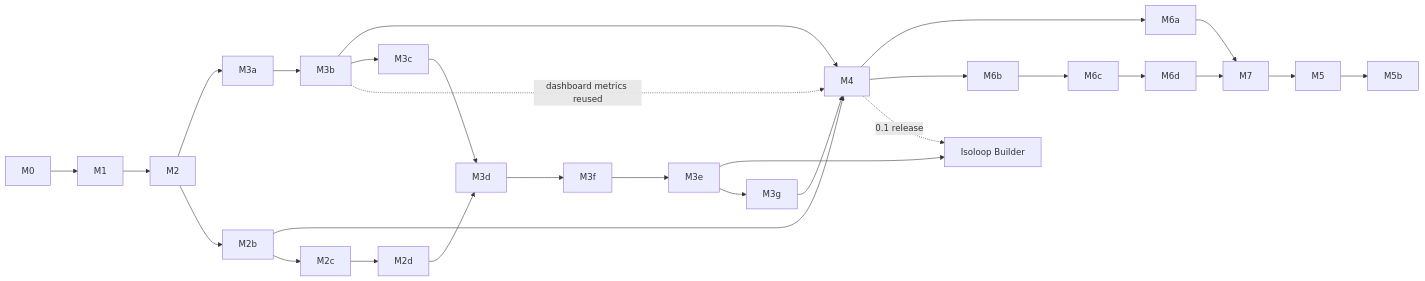
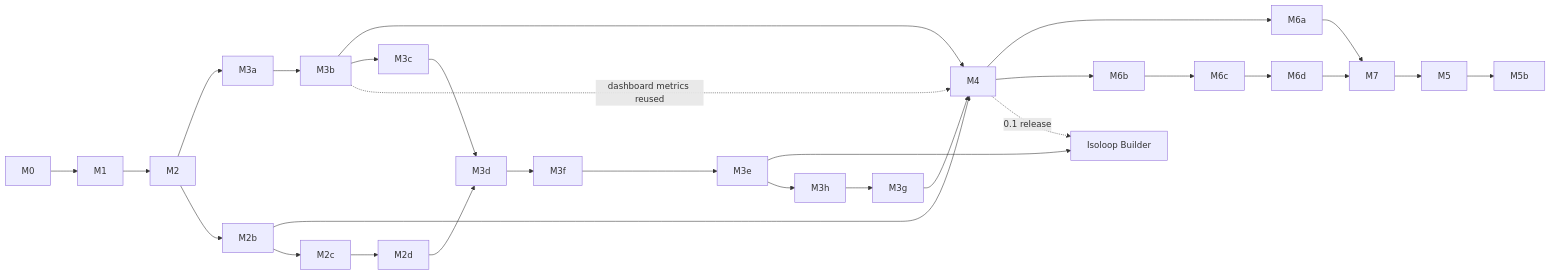
One commit to isoloop/isoloop changed the diagram in docs/plans/README.md. Above: the diagram before and after it, drawn with Mermaid. The commit also changed other lines of this file and 6 other files, not shown here.

````diff
--- a/docs/plans/README.md
+++ b/docs/plans/README.md
@@ -35,13 +36,13 @@
 ```mermaid
 flowchart LR
   M0 --> M1 --> M2 --> M3a --> M3b --> M4
   M2 --> M2b --> M4
   M4 --> M6a & M6b
   M6b --> M6c --> M6d
   M6a & M6d --> M7 --> M5 --> M5b
   M3e --> Builder["Isoloop Builder"]
   M4 -. "0.1 release" .-> Builder
-  M2b --> M2c --> M2d --> M3d --> M3f --> M3e --> M3g --> M4
+  M2b --> M2c --> M2d --> M3d --> M3f --> M3e --> M3h --> M3g --> M4
   M3b --> M3c --> M3d
   M3b -. "dashboard metrics reused" .-> M4
 ```
````
